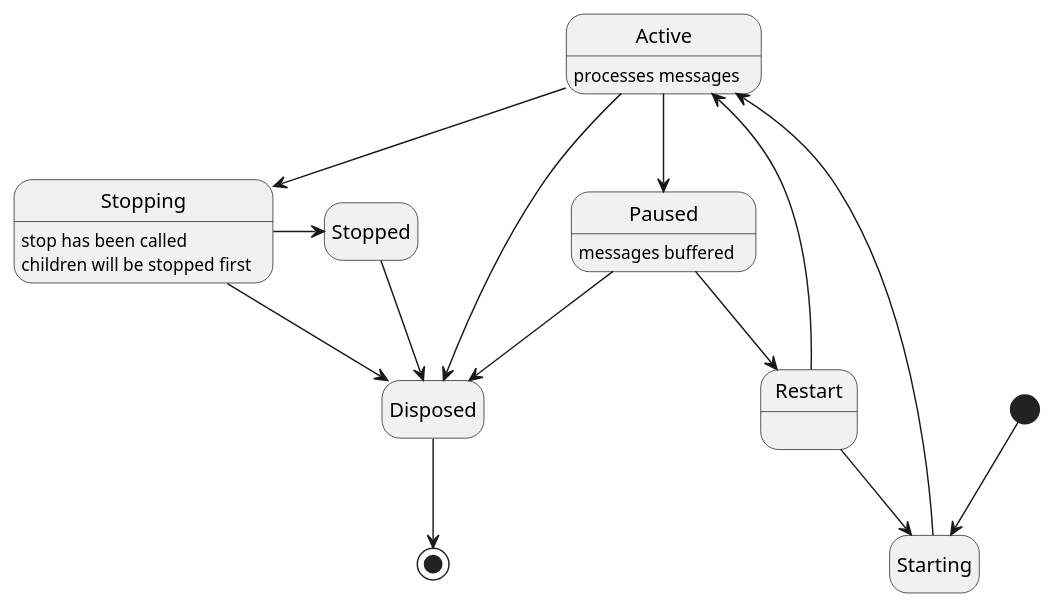
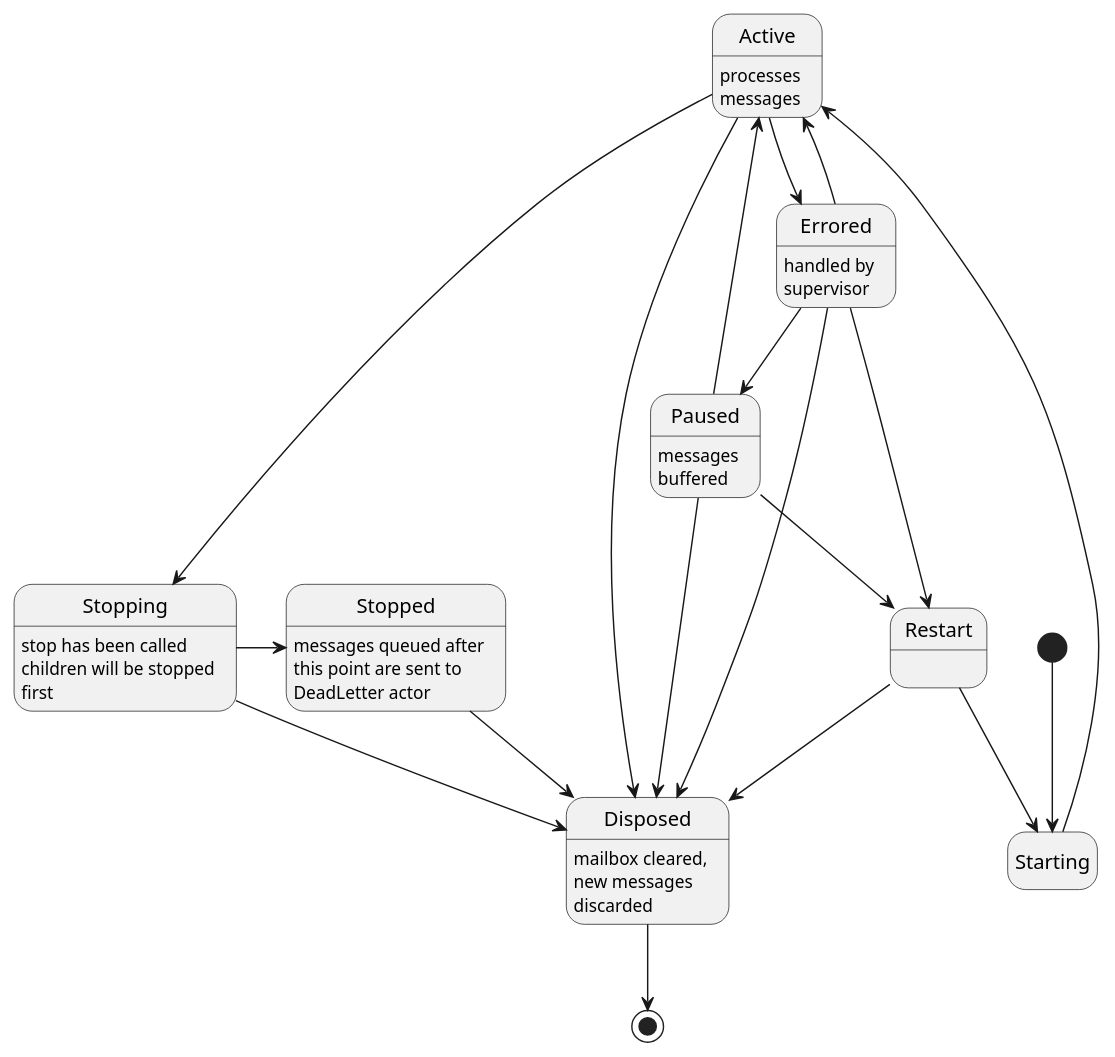
Before and after one commit to davidmoten/reels: the diagram in src/main/plantuml/state-diagram.puml, drawn with PlantUML.

```diff
--- a/src/main/plantuml/state-diagram.puml
+++ b/src/main/plantuml/state-diagram.puml
@@ -1,22 +1,30 @@
 @startuml
 hide empty description
 [*] --> Starting 
 Starting --> Active
 Active --> Stopping
 Stopping -> Stopped
 Active --> Disposed
 Stopping --> Disposed
 Stopped --> Disposed
-Active --> Paused
 Paused --> Restart
+Paused --> Active
 Restart --> Starting
 Paused --> Disposed
-Restart --> Active
 Disposed --> [*]
+Active --> Errored
+Errored --> Active
+Errored --> Disposed
+Errored --> Restart
+Errored --> Paused
+Restart --> Disposed
 
-Active: processes messages
-Stopping: stop has been called\nchildren will be stopped first
-Paused: messages buffered
+Active: processes\nmessages
+Stopping: stop has been called\nchildren will be stopped\nfirst
+Stopped: messages queued after\nthis point are sent to\nDeadLetter actor
+Paused: messages\nbuffered
+Disposed: mailbox cleared,\nnew messages\ndiscarded
+Errored: handled by\nsupervisor
 Restart: 
 
 @enduml
```
